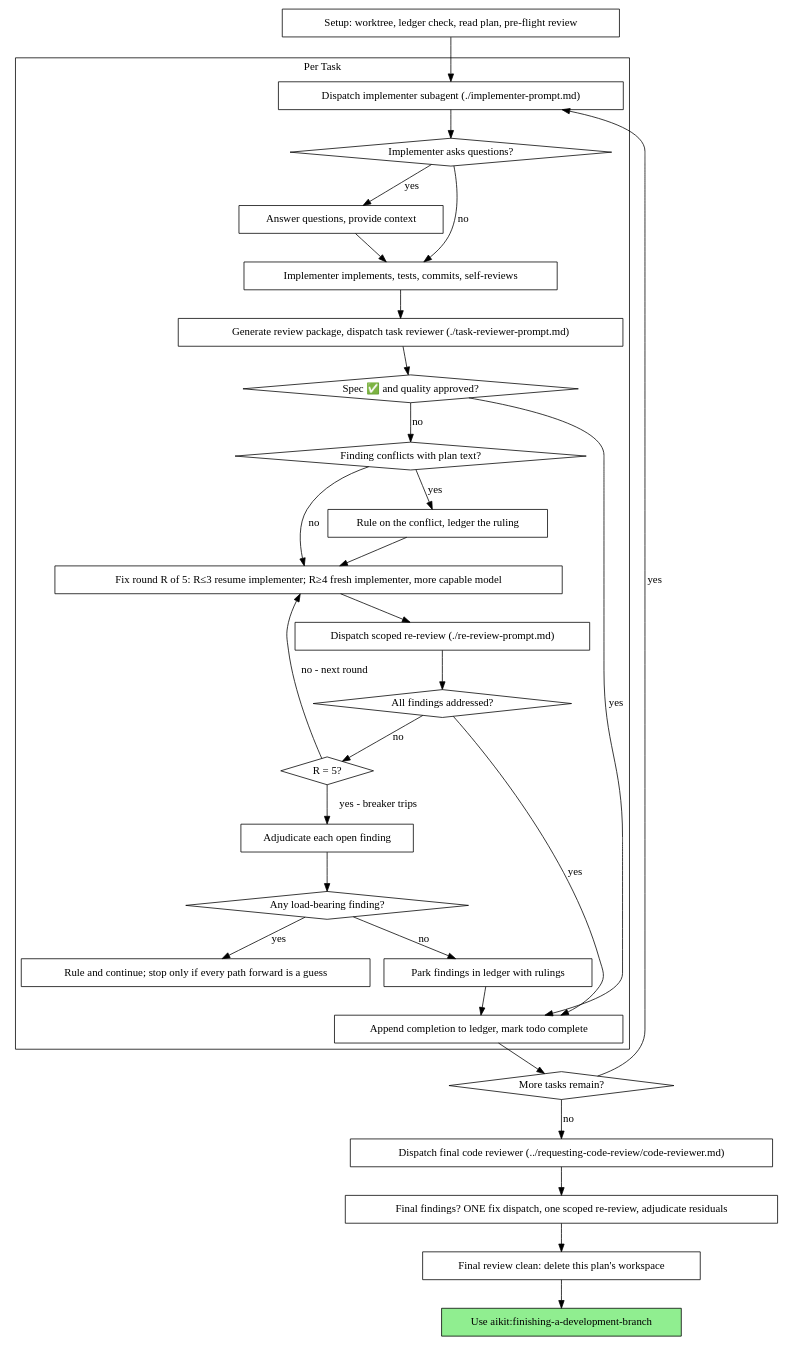
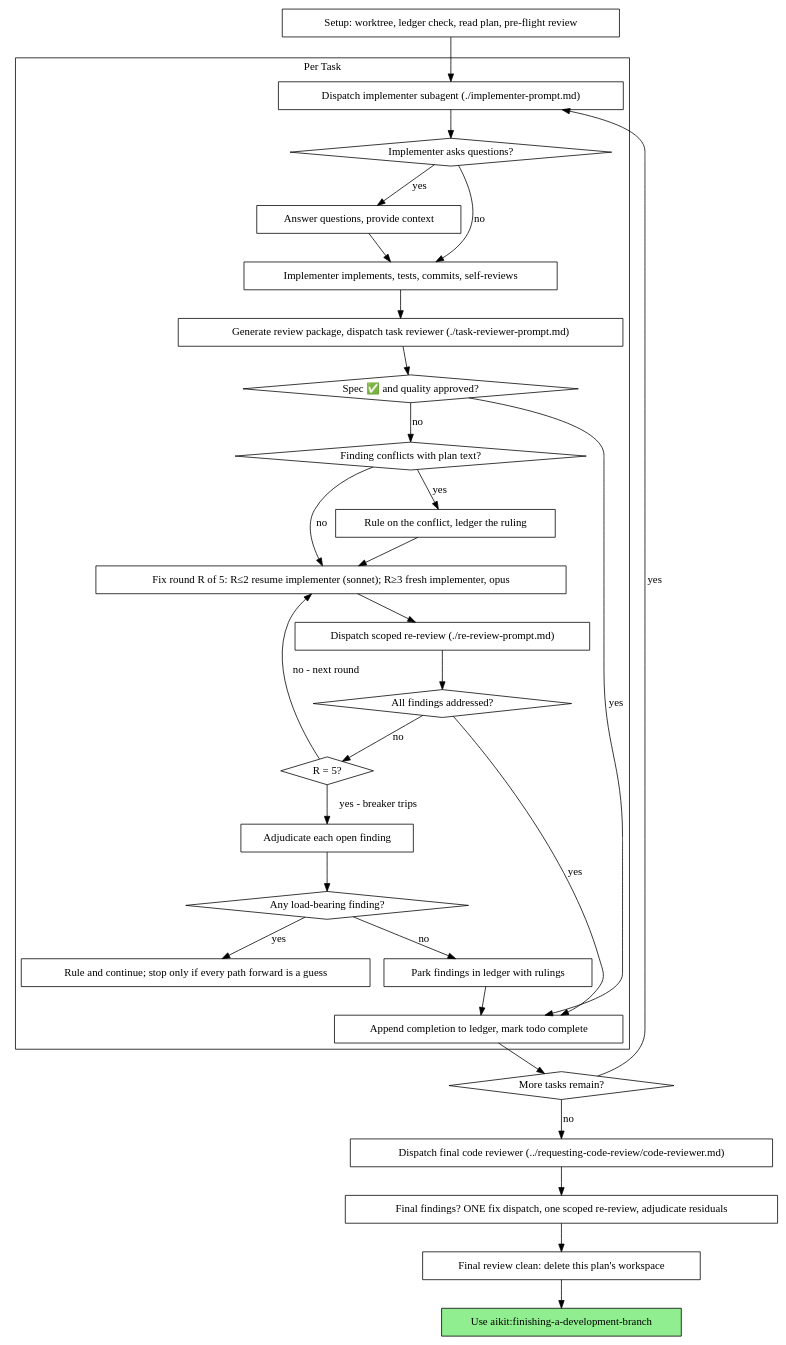
One commit to Athyrr/aikit changed the second of 2 diagrams in skills/subagent-driven-development/SKILL.md. Above: the diagram before and after it, drawn with Graphviz. The commit also changed other lines of this file and 16 other files, not shown here.

Commit message:
0.11.0 - Fast-Path/Heavy-Path, cascade de modeles sonnet->opus, hook SessionStart allege, spec.md porte son Impact

````diff
--- a/skills/subagent-driven-development/SKILL.md
+++ b/skills/subagent-driven-development/SKILL.md
@@ -61,62 +61,62 @@
 ```dot
 digraph process {
     rankdir=TB;
 
     subgraph cluster_per_task {
         label="Per Task";
         "Dispatch implementer subagent (./implementer-prompt.md)" [shape=box];
         "Implementer asks questions?" [shape=diamond];
         "Answer questions, provide context" [shape=box];
         "Implementer implements, tests, commits, self-reviews" [shape=box];
         "Generate review package, dispatch task reviewer (./task-reviewer-prompt.md)" [shape=box];
         "Spec ✅ and quality approved?" [shape=diamond];
         "Finding conflicts with plan text?" [shape=diamond];
         "Rule on the conflict, ledger the ruling" [shape=box];
-        "Fix round R of 5: R≤3 resume implementer; R≥4 fresh implementer, more capable model" [shape=box];
+        "Fix round R of 5: R≤2 resume implementer (sonnet); R≥3 fresh implementer, opus" [shape=box];
         "Dispatch scoped re-review (./re-review-prompt.md)" [shape=box];
         "All findings addressed?" [shape=diamond];
         "R = 5?" [shape=diamond];
         "Adjudicate each open finding" [shape=box];
         "Any load-bearing finding?" [shape=diamond];
         "Rule and continue; stop only if every path forward is a guess" [shape=box];
         "Park findings in ledger with rulings" [shape=box];
         "Append completion to ledger, mark todo complete" [shape=box];
     }
 
     "Setup: worktree, ledger check, read plan, pre-flight review" [shape=box];
     "More tasks remain?" [shape=diamond];
     "Dispatch final code reviewer (../requesting-code-review/code-reviewer.md)" [shape=box];
     "Final findings? ONE fix dispatch, one scoped re-review, adjudicate residuals" [shape=box];
     "Final review clean: delete this plan's workspace" [shape=box];
     "Use aikit:finishing-a-development-branch" [shape=box style=filled fillcolor=lightgreen];
 
     "Setup: worktree, ledger check, read plan, pre-flight review" -> "Dispatch implementer subagent (./implementer-prompt.md)";
     "Dispatch implementer subagent (./implementer-prompt.md)" -> "Implementer asks questions?";
     "Implementer asks questions?" -> "Answer questions, provide context" [label="yes"];
     "Answer questions, provide context" -> "Implementer implements, tests, commits, self-reviews";
     "Implementer asks questions?" -> "Implementer implements, tests, commits, self-reviews" [label="no"];
     "Implementer implements, tests, commits, self-reviews" -> "Generate review package, dispatch task reviewer (./task-reviewer-prompt.md)";
     "Generate review package, dispatch task reviewer (./task-reviewer-prompt.md)" -> "Spec ✅ and quality approved?";
     "Spec ✅ and quality approved?" -> "Append completion to ledger, mark todo complete" [label="yes"];
     "Spec ✅ and quality approved?" -> "Finding conflicts with plan text?" [label="no"];
     "Finding conflicts with plan text?" -> "Rule on the conflict, ledger the ruling" [label="yes"];
-    "Rule on the conflict, ledger the ruling" -> "Fix round R of 5: R≤3 resume implementer; R≥4 fresh implementer, more capable model";
-    "Finding conflicts with plan text?" -> "Fix round R of 5: R≤3 resume implementer; R≥4 fresh implementer, more capable model" [label="no"];
-    "Fix round R of 5: R≤3 resume implementer; R≥4 fresh implementer, more capable model" -> "Dispatch scoped re-review (./re-review-prompt.md)";
+    "Rule on the conflict, ledger the ruling" -> "Fix round R of 5: R≤2 resume implementer (sonnet); R≥3 fresh implementer, opus";
+    "Finding conflicts with plan text?" -> "Fix round R of 5: R≤2 resume implementer (sonnet); R≥3 fresh implementer, opus" [label="no"];
+    "Fix round R of 5: R≤2 resume implementer (sonnet); R≥3 fresh implementer, opus" -> "Dispatch scoped re-review (./re-review-prompt.md)";
     "Dispatch scoped re-review (./re-review-prompt.md)" -> "All findings addressed?";
     "All findings addressed?" -> "Append completion to ledger, mark todo complete" [label="yes"];
     "All findings addressed?" -> "R = 5?" [label="no"];
-    "R = 5?" -> "Fix round R of 5: R≤3 resume implementer; R≥4 fresh implementer, more capable model" [label="no - next round"];
+    "R = 5?" -> "Fix round R of 5: R≤2 resume implementer (sonnet); R≥3 fresh implementer, opus" [label="no - next round"];
     "R = 5?" -> "Adjudicate each open finding" [label="yes - breaker trips"];
     "Adjudicate each open finding" -> "Any load-bearing finding?";
     "Any load-bearing finding?" -> "Rule and continue; stop only if every path forward is a guess" [label="yes"];
     "Any load-bearing finding?" -> "Park findings in ledger with rulings" [label="no"];
     "Park findings in ledger with rulings" -> "Append completion to ledger, mark todo complete";
     "Append completion to ledger, mark todo complete" -> "More tasks remain?";
     "More tasks remain?" -> "Dispatch implementer subagent (./implementer-prompt.md)" [label="yes"];
     "More tasks remain?" -> "Dispatch final code reviewer (../requesting-code-review/code-reviewer.md)" [label="no"];
     "Dispatch final code reviewer (../requesting-code-review/code-reviewer.md)" -> "Final findings? ONE fix dispatch, one scoped re-review, adjudicate residuals";
     "Final findings? ONE fix dispatch, one scoped re-review, adjudicate residuals" -> "Final review clean: delete this plan's workspace";
     "Final review clean: delete this plan's workspace" -> "Use aikit:finishing-a-development-branch";
 }
 ```
````
